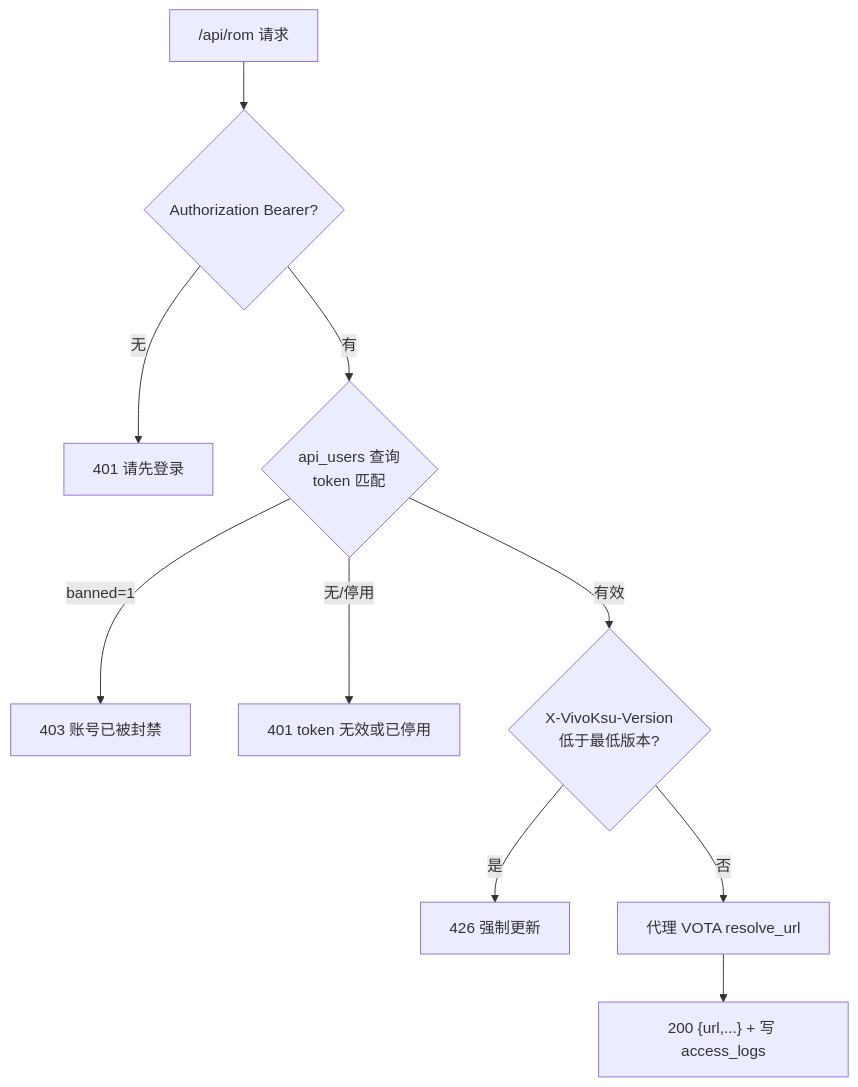
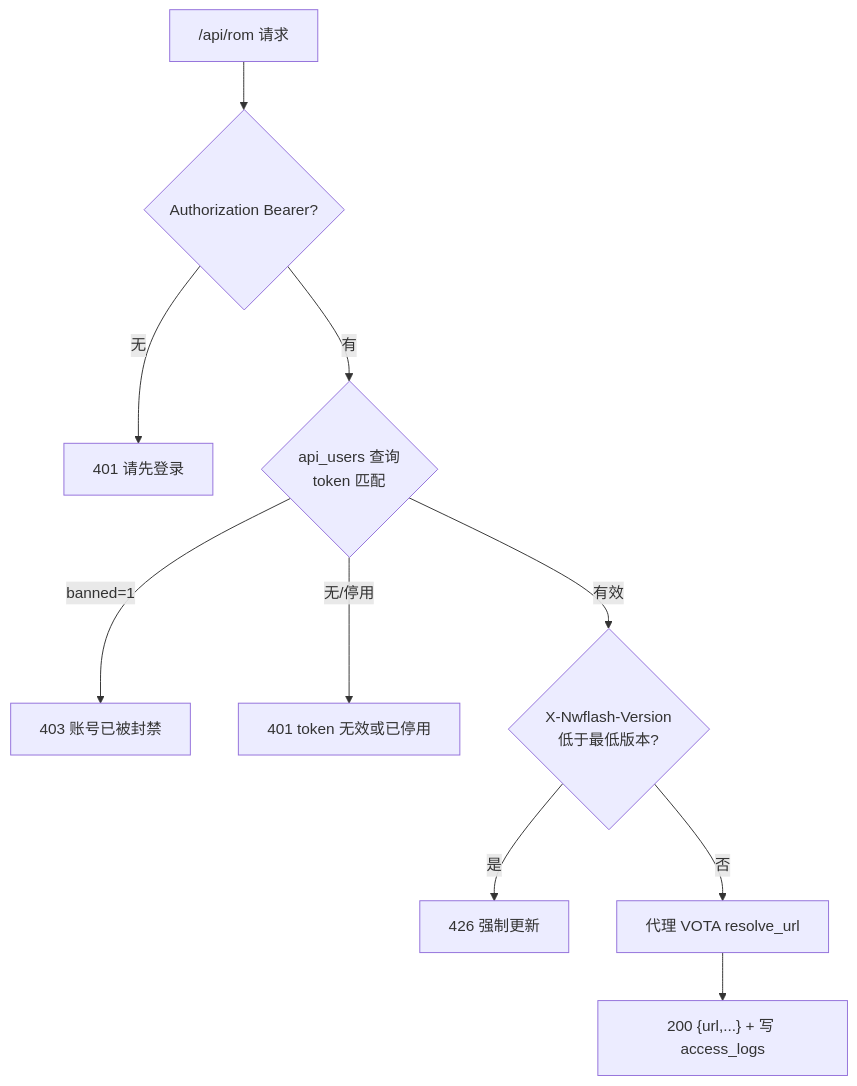
Before and after one commit to xxz13352/VivoKsu: the eighth of 11 diagrams in docs/architecture.md, drawn with Mermaid. The commit also changed other lines of this file and 19 other files, not shown here.

First line of the commit message:
chore: VivoKsu 正式改名 Nwflash(奶娃Flash),缩写 NWF

````diff
--- a/docs/architecture.md
+++ b/docs/architecture.md
@@ -354,12 +354,12 @@
 ```mermaid
 flowchart TD
     R["/api/rom 请求"] --> A{Authorization Bearer?}
     A -->|无| 401["401 请先登录"]
     A -->|有| B{api_users 查询<br/>token 匹配}
     B -->|无/停用| 401B["401 token 无效或已停用"]
     B -->|banned=1| 403["403 账号已被封禁"]
-    B -->|有效| V{"X-VivoKsu-Version<br/>低于最低版本?"}
+    B -->|有效| V{"X-Nwflash-Version<br/>低于最低版本?"}
     V -->|是| 426["426 强制更新"]
     V -->|否| D["代理 VOTA resolve_url"]
     D --> E["200 {url,...} + 写 access_logs"]
 ```
````
